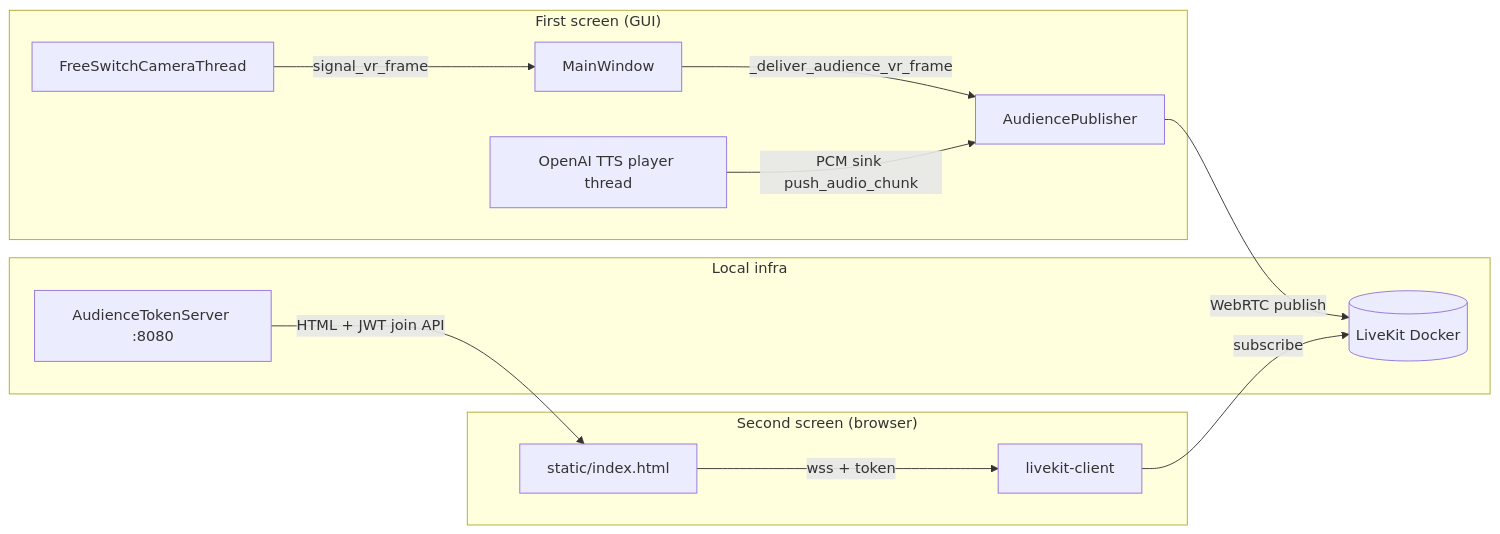
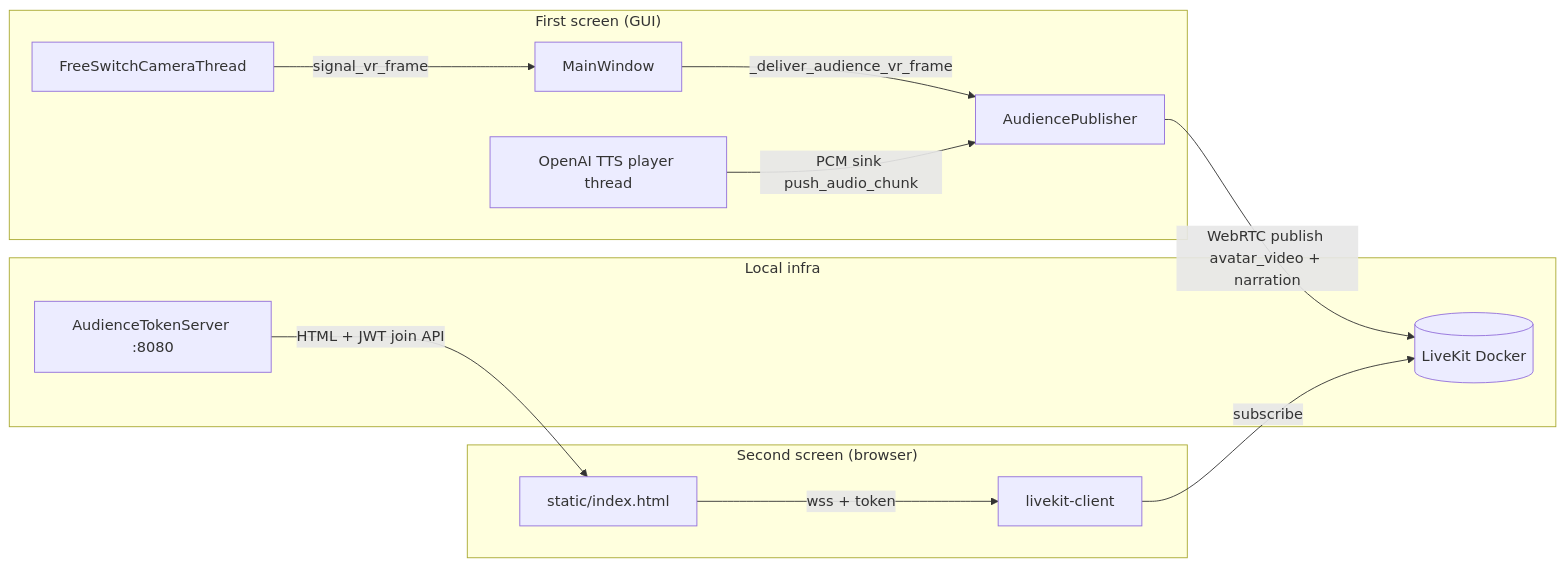
The first of 3 diagrams in src/miis_broadcast/audience/README.md (bolin35877766/miis_broadcast), drawn with Mermaid before and after one commit. The commit also changed other lines of this file and 4 other files, not shown here.

````diff
--- a/src/miis_broadcast/audience/README.md
+++ b/src/miis_broadcast/audience/README.md
@@ -21,27 +30,27 @@
 ```mermaid
 flowchart LR
   subgraph Control["First screen (GUI)"]
     FS[FreeSwitchCameraThread]
     GUI[MainWindow]
     TTS[OpenAI TTS player thread]
     PUB[AudiencePublisher]
   end
 
   subgraph Infra["Local infra"]
     LK[(LiveKit Docker)]
     HTTP[AudienceTokenServer :8080]
   end
 
   subgraph View["Second screen (browser)"]
     PG[static/index.html]
     LKJS[livekit-client]
   end
 
   FS -->|signal_vr_frame| GUI
   GUI -->|_deliver_audience_vr_frame| PUB
   TTS -->|PCM sink push_audio_chunk| PUB
-  PUB -->|WebRTC publish| LK
+  PUB -->|WebRTC publish avatar_video + narration| LK
   HTTP -->|HTML + JWT join API| PG
   PG -->|wss + token| LKJS
   LKJS -->|subscribe| LK
 ```
````
